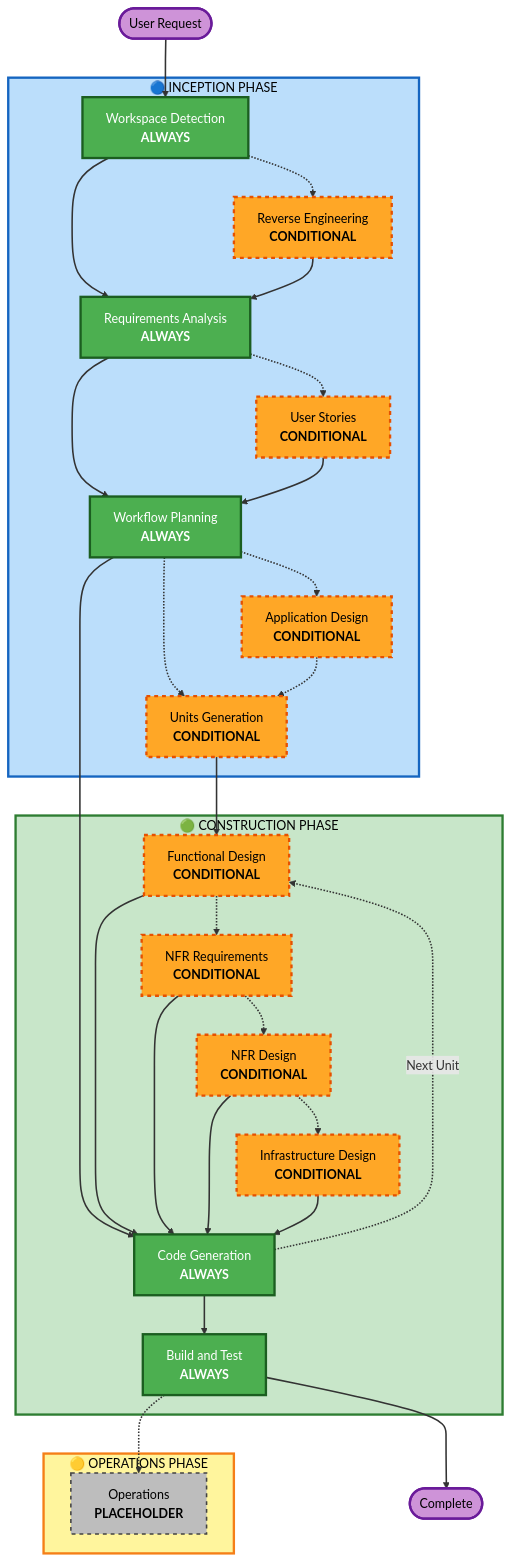
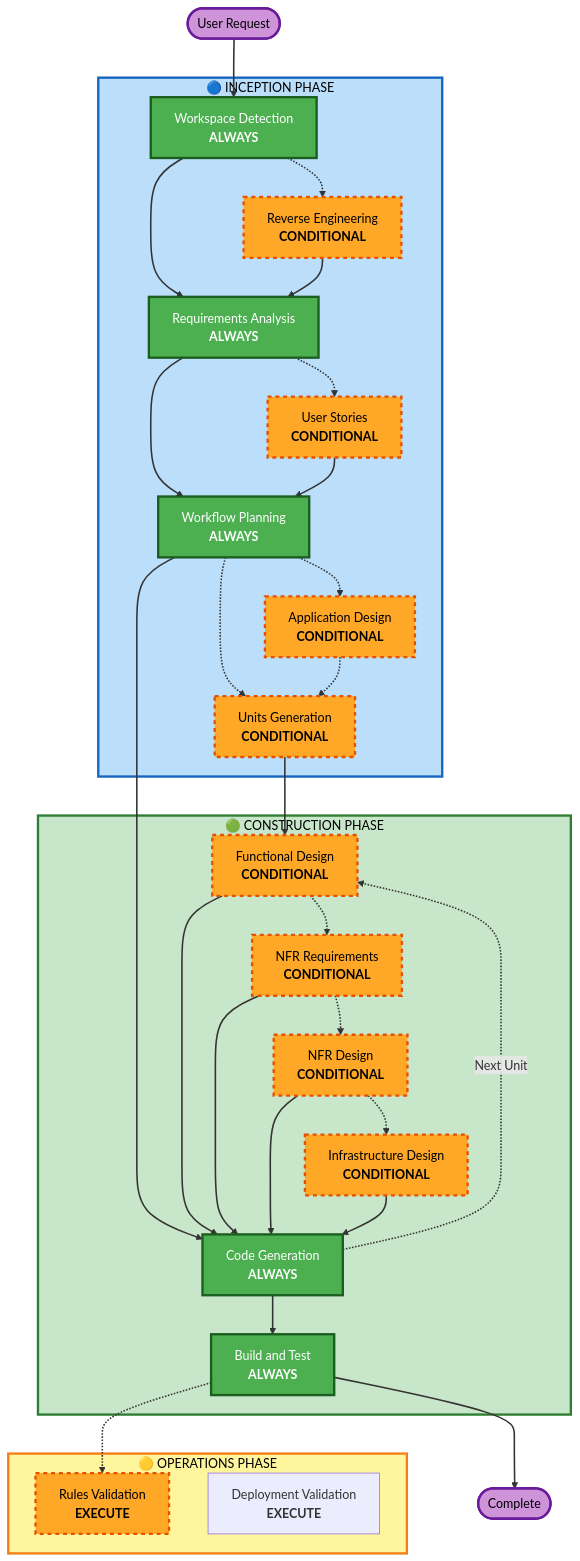
The diagram in aidlc-rules/aws-aidlc-rule-details/common/process-overview.md (awslabs/aidlc-workflows), drawn with Mermaid before and after one commit. The commit also changed other lines of this file and 55 other files, not shown here.

````diff
--- a/aidlc-rules/aws-aidlc-rule-details/common/process-overview.md
+++ b/aidlc-rules/aws-aidlc-rule-details/common/process-overview.md
@@ -33,78 +33,79 @@
 ```mermaid
 flowchart TD
     Start(["User Request"])
     
     subgraph INCEPTION["🔵 INCEPTION PHASE"]
         WD["Workspace Detection<br/><b>ALWAYS</b>"]
         RE["Reverse Engineering<br/><b>CONDITIONAL</b>"]
         RA["Requirements Analysis<br/><b>ALWAYS</b>"]
         Stories["User Stories<br/><b>CONDITIONAL</b>"]
         WP["Workflow Planning<br/><b>ALWAYS</b>"]
         AppDesign["Application Design<br/><b>CONDITIONAL</b>"]
         UnitsG["Units Generation<br/><b>CONDITIONAL</b>"]
     end
     
     subgraph CONSTRUCTION["🟢 CONSTRUCTION PHASE"]
         FD["Functional Design<br/><b>CONDITIONAL</b>"]
         NFRA["NFR Requirements<br/><b>CONDITIONAL</b>"]
         NFRD["NFR Design<br/><b>CONDITIONAL</b>"]
         ID["Infrastructure Design<br/><b>CONDITIONAL</b>"]
         CG["Code Generation<br/><b>ALWAYS</b>"]
         BT["Build and Test<br/><b>ALWAYS</b>"]
     end
     
     subgraph OPERATIONS["🟡 OPERATIONS PHASE"]
-        OPS["Operations<br/><b>PLACEHOLDER</b>"]
+        OPS["Rules Validation<br/><b>EXECUTE</b>"]
+        DEPVAL["Deployment Validation<br/><b>EXECUTE</b>"]
     end
     
     Start --> WD
     WD -.-> RE
     WD --> RA
     RE --> RA
     
     RA -.-> Stories
     RA --> WP
     Stories --> WP
     
     WP -.-> AppDesign
     WP -.-> UnitsG
     AppDesign -.-> UnitsG
     UnitsG --> FD
     FD -.-> NFRA
     NFRA -.-> NFRD
     NFRD -.-> ID
     
     WP --> CG
     FD --> CG
     NFRA --> CG
     NFRD --> CG
     ID --> CG
     CG -.->|Next Unit| FD
     CG --> BT
     BT -.-> OPS
     BT --> End(["Complete"])
     
     style WD fill:#4CAF50,stroke:#1B5E20,stroke-width:3px,color:#fff
     style RA fill:#4CAF50,stroke:#1B5E20,stroke-width:3px,color:#fff
     style WP fill:#4CAF50,stroke:#1B5E20,stroke-width:3px,color:#fff
 
     style CG fill:#4CAF50,stroke:#1B5E20,stroke-width:3px,color:#fff
     style BT fill:#4CAF50,stroke:#1B5E20,stroke-width:3px,color:#fff
-    style OPS fill:#BDBDBD,stroke:#424242,stroke-width:2px,stroke-dasharray: 5 5,color:#000
+    style OPS fill:#FFA726,stroke:#E65100,stroke-width:3px,stroke-dasharray: 5 5,color:#000
     style RE fill:#FFA726,stroke:#E65100,stroke-width:3px,stroke-dasharray: 5 5,color:#000
     style Stories fill:#FFA726,stroke:#E65100,stroke-width:3px,stroke-dasharray: 5 5,color:#000
     style AppDesign fill:#FFA726,stroke:#E65100,stroke-width:3px,stroke-dasharray: 5 5,color:#000
 
     style UnitsG fill:#FFA726,stroke:#E65100,stroke-width:3px,stroke-dasharray: 5 5,color:#000
     style FD fill:#FFA726,stroke:#E65100,stroke-width:3px,stroke-dasharray: 5 5,color:#000
     style NFRA fill:#FFA726,stroke:#E65100,stroke-width:3px,stroke-dasharray: 5 5,color:#000
     style NFRD fill:#FFA726,stroke:#E65100,stroke-width:3px,stroke-dasharray: 5 5,color:#000
     style ID fill:#FFA726,stroke:#E65100,stroke-width:3px,stroke-dasharray: 5 5,color:#000
     style INCEPTION fill:#BBDEFB,stroke:#1565C0,stroke-width:3px, color:#000
     style CONSTRUCTION fill:#C8E6C9,stroke:#2E7D32,stroke-width:3px, color:#000
     style OPERATIONS fill:#FFF59D,stroke:#F57F17,stroke-width:3px, color:#000
     style Start fill:#CE93D8,stroke:#6A1B9A,stroke-width:3px,color:#000
     style End fill:#CE93D8,stroke:#6A1B9A,stroke-width:3px,color:#000
     
     linkStyle default stroke:#333,stroke-width:2px
 ```
````
